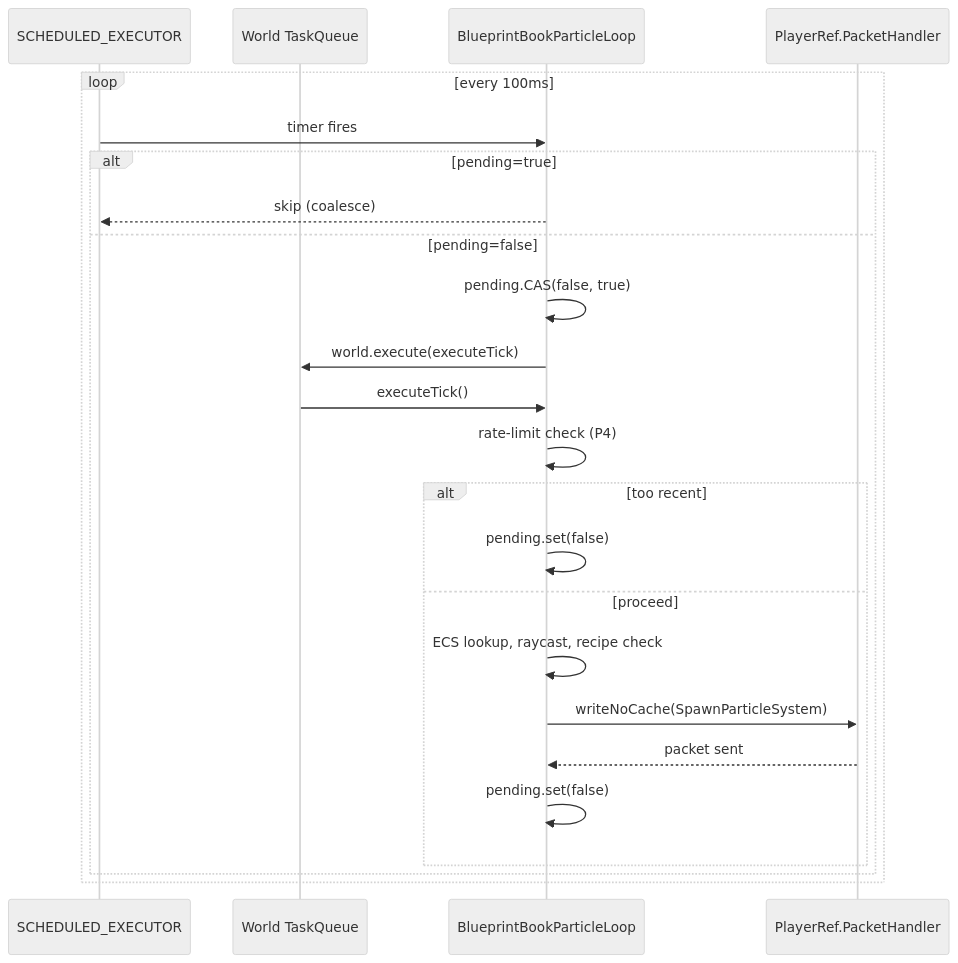
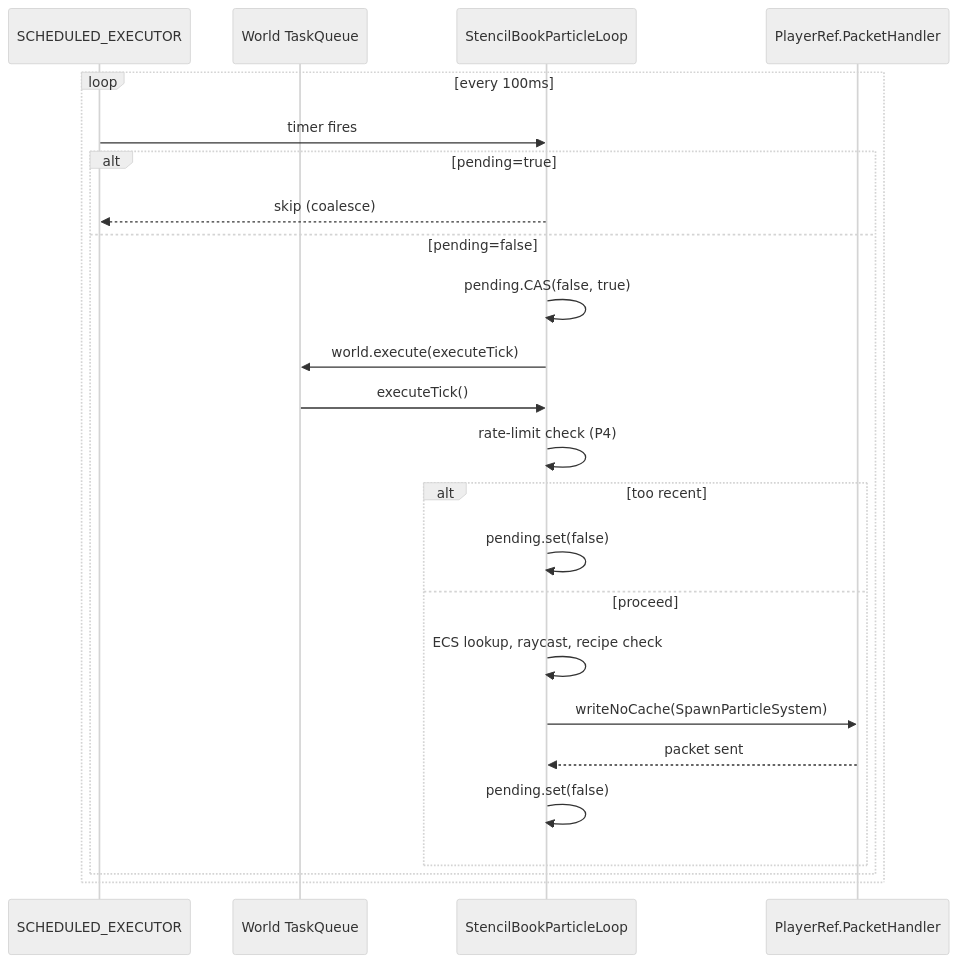
Before and after one commit to TheCodeCreature/Hytale-Example-Plugin: the fourth of 4 diagrams in docs/design-particle-loop-freeze-fix.md, drawn with Mermaid (neutral theme). The commit also changed other lines of this file and 289 other files, not shown here.

````diff
--- a/docs/design-particle-loop-freeze-fix.md
+++ b/docs/design-particle-loop-freeze-fix.md
@@ -120,27 +120,27 @@
 ```mermaid
 sequenceDiagram
     participant SE as SCHEDULED_EXECUTOR
     participant WQ as World TaskQueue
-    participant PL as BlueprintBookParticleLoop
+    participant PL as StencilBookParticleLoop
     participant PR as PlayerRef.PacketHandler
 
     loop every 100ms
         SE->>PL: timer fires
         alt pending=true
             PL-->>SE: skip (coalesce)
         else pending=false
             PL->>PL: pending.CAS(false, true)
             PL->>WQ: world.execute(executeTick)
             WQ->>PL: executeTick()
             PL->>PL: rate-limit check (P4)
             alt too recent
                 PL->>PL: pending.set(false)
             else proceed
                 PL->>PL: ECS lookup, raycast, recipe check
                 PL->>PR: writeNoCache(SpawnParticleSystem)
                 PR-->>PL: packet sent
                 PL->>PL: pending.set(false)
             end
         end
     end
 ```
````
